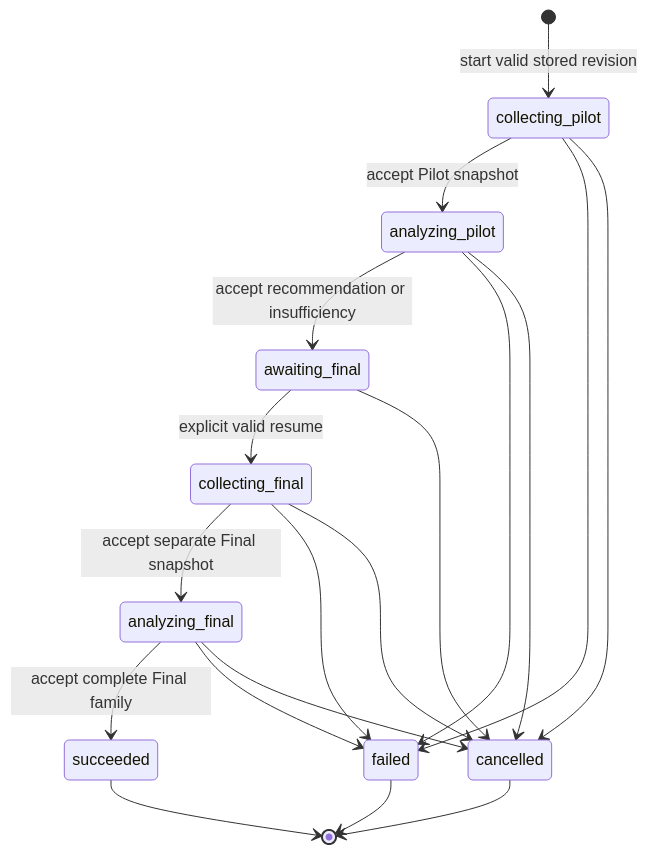
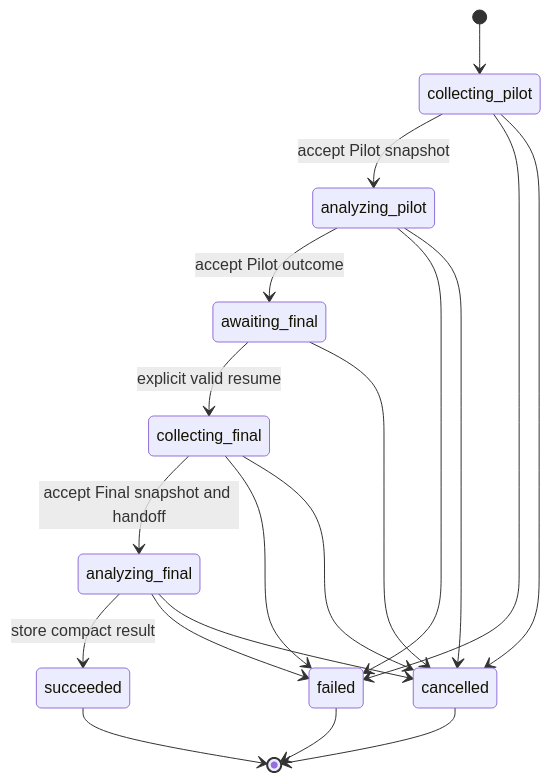
One commit to michalo1334/master_thesis changed the second of 2 diagrams in docs/design/evaluation-study-pipeline.md. Above: the diagram before and after it, drawn with Mermaid. The commit also changed other lines of this file and 49 other files, not shown here.

````diff
--- a/docs/design/evaluation-study-pipeline.md
+++ b/docs/design/evaluation-study-pipeline.md
@@ -56,21 +98,21 @@
 ```mermaid
 stateDiagram-v2
-    [*] --> collecting_pilot: start valid stored revision
+    [*] --> collecting_pilot
     collecting_pilot --> analyzing_pilot: accept Pilot snapshot
-    analyzing_pilot --> awaiting_final: accept recommendation or insufficiency
+    analyzing_pilot --> awaiting_final: accept Pilot outcome
     awaiting_final --> collecting_final: explicit valid resume
-    collecting_final --> analyzing_final: accept separate Final snapshot
-    analyzing_final --> succeeded: accept complete Final family
+    collecting_final --> analyzing_final: accept Final snapshot and handoff
+    analyzing_final --> succeeded: store compact result
     collecting_pilot --> failed
     analyzing_pilot --> failed
     collecting_final --> failed
     analyzing_final --> failed
     collecting_pilot --> cancelled
     analyzing_pilot --> cancelled
     awaiting_final --> cancelled
     collecting_final --> cancelled
     analyzing_final --> cancelled
     succeeded --> [*]
     failed --> [*]
     cancelled --> [*]
 ```
````
